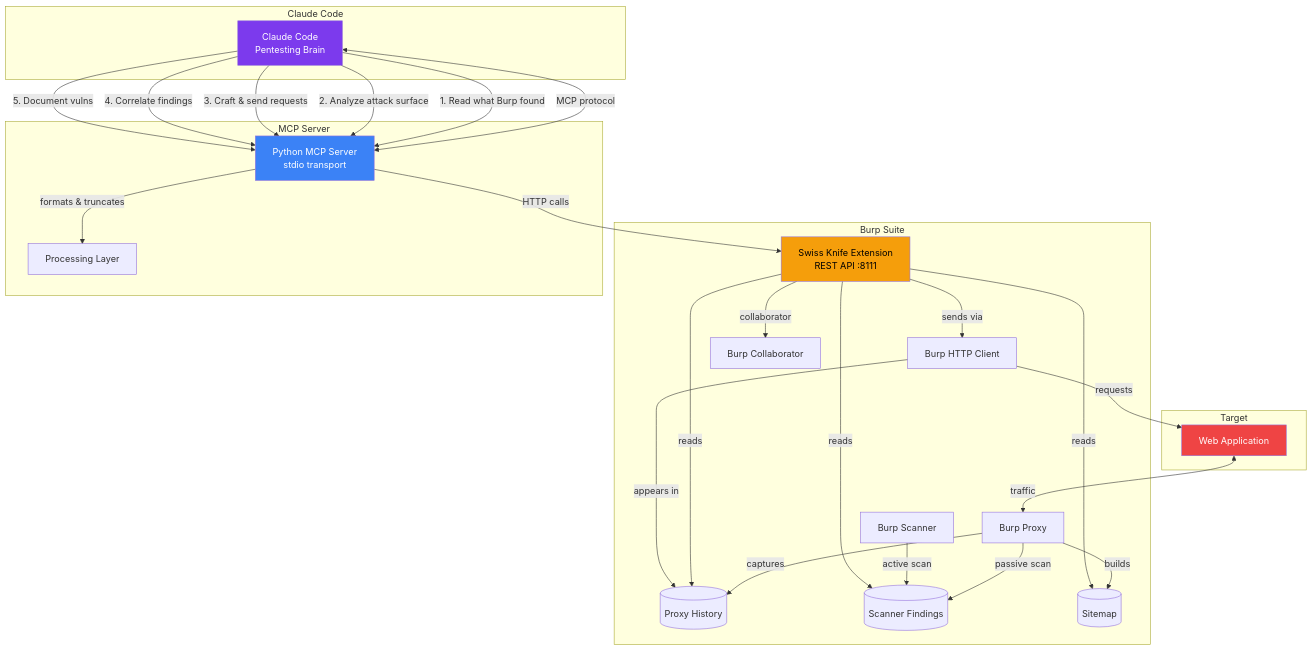
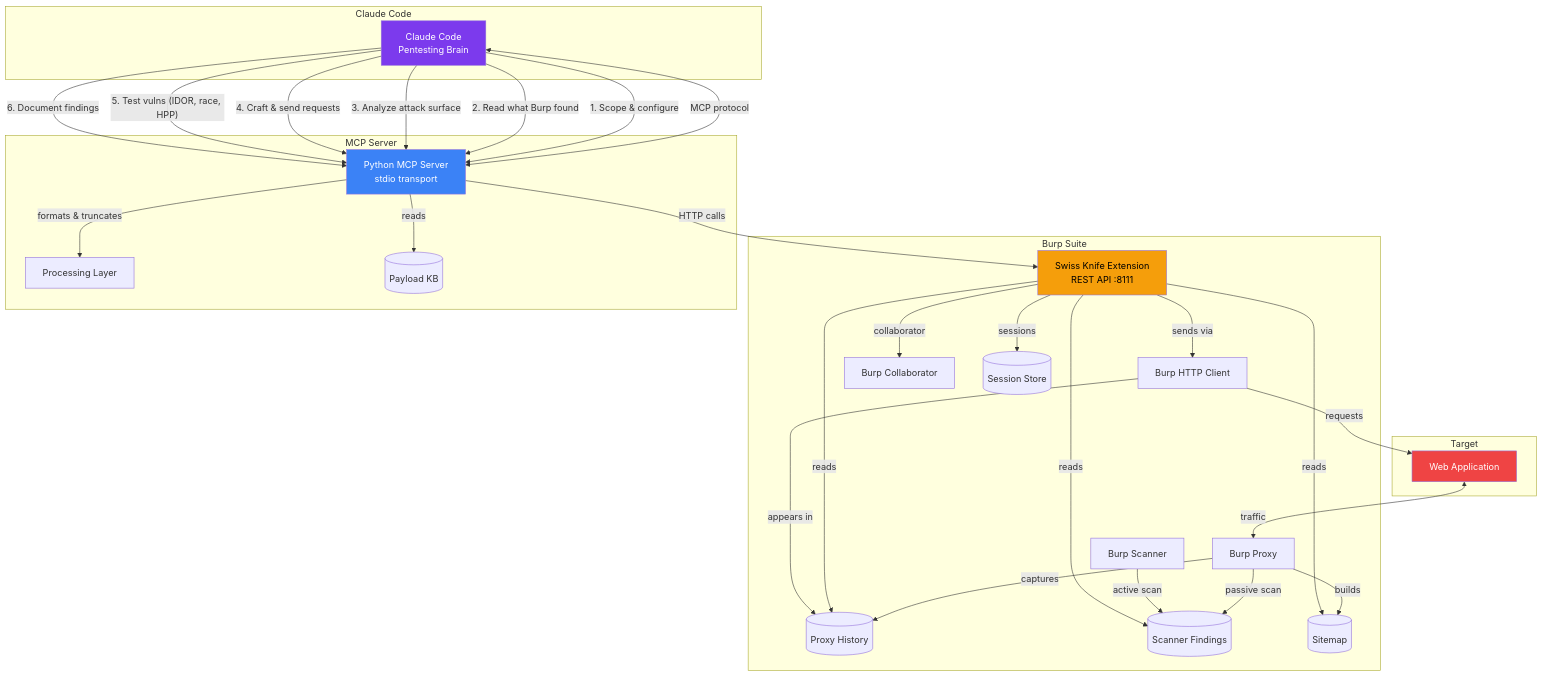
The first of 2 diagrams in README.md (TyrusRC/praetor), drawn with Mermaid before and after one commit. The commit also changed other lines of this file and 1 other file, not shown here.

````diff
--- a/README.md
+++ b/README.md
@@ -7,41 +7,44 @@
 ```mermaid
 graph TB
     subgraph Target
         T[Web Application]
     end
 
     subgraph Burp Suite
         BS[Burp Proxy] -->|captures| PH[(Proxy History)]
         BS -->|passive scan| SC[(Scanner Findings)]
         BS -->|builds| SM[(Sitemap)]
         BScan[Burp Scanner] -->|active scan| SC
         SK[Swiss Knife Extension<br/>REST API :8111] -->|reads| PH
         SK -->|reads| SC
         SK -->|reads| SM
         SK -->|sends via| HTTP[Burp HTTP Client]
         HTTP -->|appears in| PH
         SK -->|collaborator| COLLAB[Burp Collaborator]
+        SK -->|sessions| SESS[(Session Store)]
     end
 
     subgraph MCP Server
         MCP[Python MCP Server<br/>stdio transport] -->|HTTP calls| SK
         MCP -->|formats & truncates| PROC[Processing Layer]
+        MCP -->|reads| PAY[(Payload KB)]
     end
 
     subgraph Claude Code
         CC[Claude Code<br/>Pentesting Brain] <-->|MCP protocol| MCP
     end
 
     T <-->|traffic| BS
     HTTP -->|requests| T
-    CC -->|"1. Read what Burp found"| MCP
-    CC -->|"2. Analyze attack surface"| MCP
-    CC -->|"3. Craft & send requests"| MCP
-    CC -->|"4. Correlate findings"| MCP
-    CC -->|"5. Document vulns"| MCP
+    CC -->|"1. Scope & configure"| MCP
+    CC -->|"2. Read what Burp found"| MCP
+    CC -->|"3. Analyze attack surface"| MCP
+    CC -->|"4. Craft & send requests"| MCP
+    CC -->|"5. Test vulns (IDOR, race, HPP)"| MCP
+    CC -->|"6. Document findings"| MCP
 
     style CC fill:#7c3aed,color:#fff
     style SK fill:#f59e0b,color:#000
     style MCP fill:#3b82f6,color:#fff
     style T fill:#ef4444,color:#fff
 ```
````
